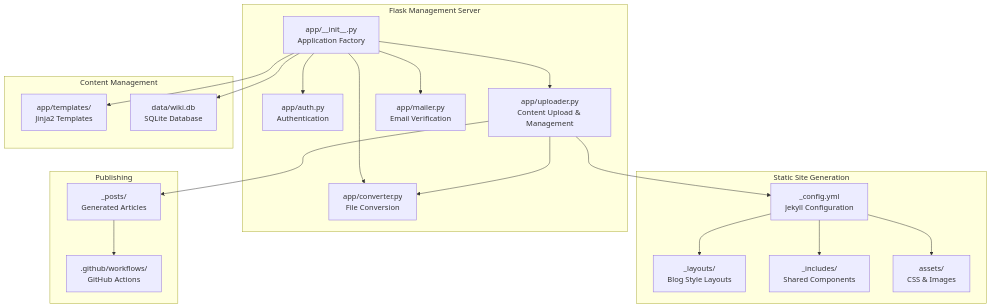
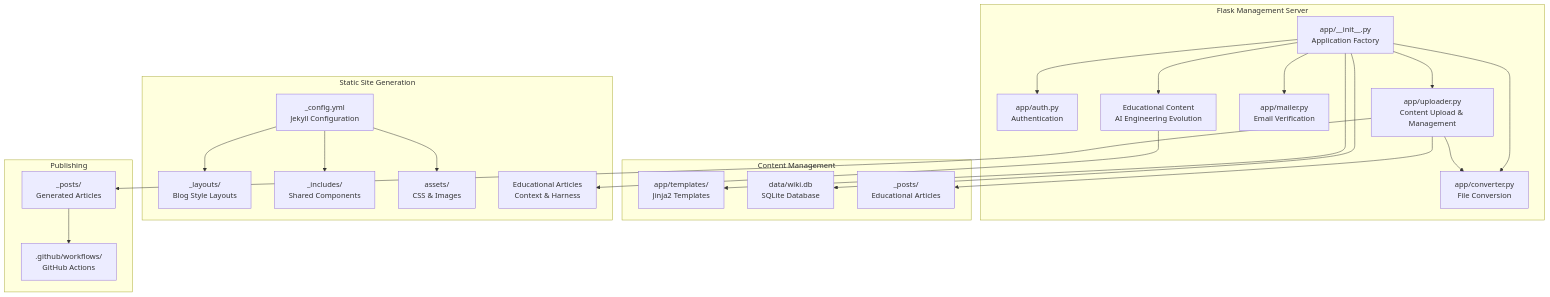
Before and after one commit to PolarisW007/PolaZhenJing: the first of 3 diagrams in .qoder/repowiki/en/content/Backend Application/AI Integration.md, drawn with Mermaid. The commit also changed other lines of this file and 2 other files, not shown here.

````diff
--- a/.qoder/repowiki/en/content/Backend Application/AI Integration.md
+++ b/.qoder/repowiki/en/content/Backend Application/AI Integration.md
@@ -51,37 +70,42 @@
 ```mermaid
 graph TB
 subgraph "Flask Management Server"
 APP["app/__init__.py<br/>Application Factory"]
 AUTH["app/auth.py<br/>Authentication"]
 UP["app/uploader.py<br/>Content Upload & Management"]
 CONV["app/converter.py<br/>File Conversion"]
 MAIL["app/mailer.py<br/>Email Verification"]
+END["Educational Content<br/>AI Engineering Evolution"]
 end
 subgraph "Content Management"
 TEMPLATES["app/templates/<br/>Jinja2 Templates"]
 DB["data/wiki.db<br/>SQLite Database"]
+END2["_posts/<br/>Educational Articles"]
 end
 subgraph "Static Site Generation"
 JEKYLL["_config.yml<br/>Jekyll Configuration"]
 LAYOUTS["_layouts/<br/>Blog Style Layouts"]
 INCLUDES["_includes/<br/>Shared Components"]
 ASSETS["assets/<br/>CSS & Images"]
+END3["Educational Articles<br/>Context & Harness"]
 end
 subgraph "Publishing"
 POSTS["_posts/<br/>Generated Articles"]
 GITHUB[".github/workflows/<br/>GitHub Actions"]
 end
 APP --> AUTH
 APP --> UP
 APP --> CONV
 APP --> MAIL
+APP --> END
 APP --> TEMPLATES
 APP --> DB
 UP --> CONV
 UP --> POSTS
-UP --> JEKYLL
+UP --> END2
 JEKYLL --> LAYOUTS
 JEKYLL --> INCLUDES
 JEKYLL --> ASSETS
 POSTS --> GITHUB
+END --> END3
 ```
````
